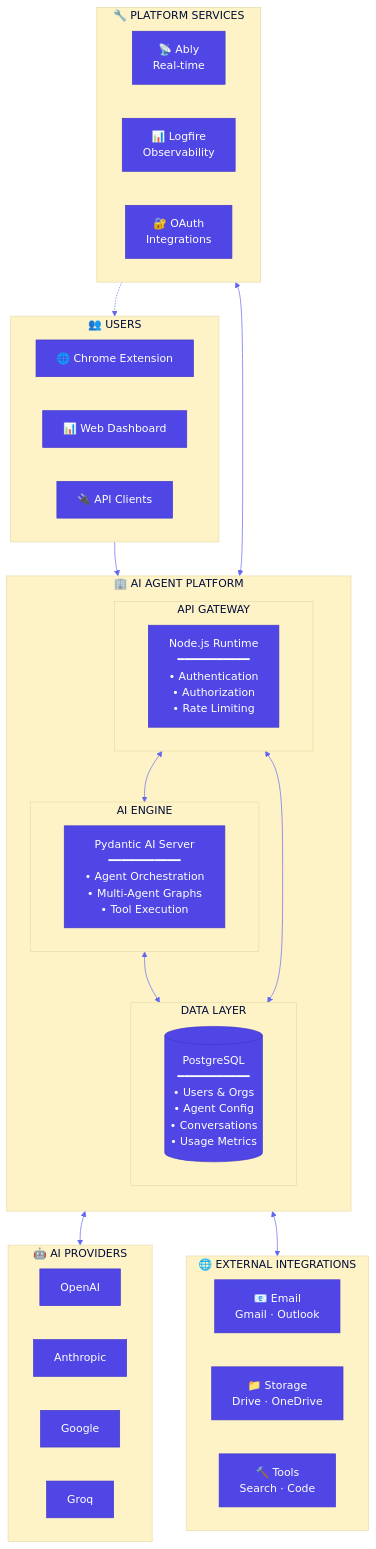
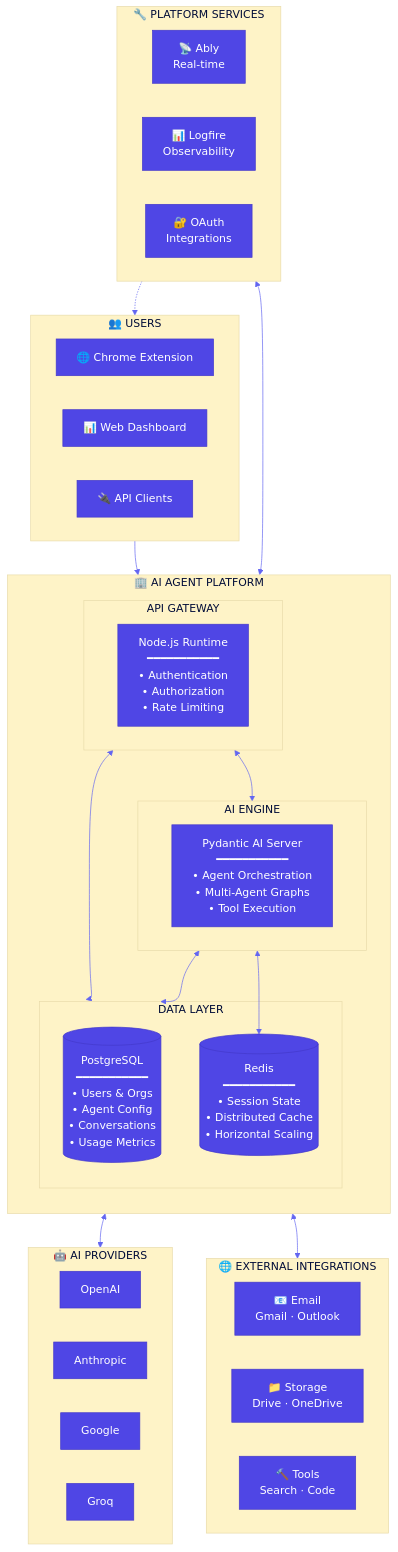
Before and after one commit to hnankam/project-hands-off: the first of 2 diagrams in docs/ARCHITECTURE-EXECUTIVE.md, drawn with Mermaid. The commit also changed other lines of this file and 51 other files, not shown here.

````diff
--- a/docs/ARCHITECTURE-EXECUTIVE.md
+++ b/docs/ARCHITECTURE-EXECUTIVE.md
@@ -5,60 +5,62 @@
 ```mermaid
 %%{init: {'theme': 'base', 'themeVariables': { 'primaryColor': '#4f46e5', 'primaryTextColor': '#fff', 'primaryBorderColor': '#4338ca', 'lineColor': '#6366f1', 'secondaryColor': '#f0f9ff', 'tertiaryColor': '#fef3c7'}}}%%
 
 flowchart TB
     subgraph Users["👥 USERS"]
         direction LR
         Browser["🌐 Chrome Extension"]
         Dashboard["📊 Web Dashboard"]
         API["🔌 API Clients"]
     end
 
     subgraph Platform["🏢 AI AGENT PLATFORM"]
         direction TB
         
         subgraph Gateway["API GATEWAY"]
             Runtime["Node.js Runtime<br/>━━━━━━━━━━━<br/>• Authentication<br/>• Authorization<br/>• Rate Limiting"]
         end
         
         subgraph Engine["AI ENGINE"]
             Pydantic["Pydantic AI Server<br/>━━━━━━━━━━━<br/>• Agent Orchestration<br/>• Multi-Agent Graphs<br/>• Tool Execution"]
         end
         
         subgraph Storage["DATA LAYER"]
             DB[("PostgreSQL<br/>━━━━━━━━━━━<br/>• Users & Orgs<br/>• Agent Config<br/>• Conversations<br/>• Usage Metrics")]
+            RedisCache[("Redis<br/>━━━━━━━━━━━<br/>• Session State<br/>• Distributed Cache<br/>• Horizontal Scaling")]
         end
     end
 
     subgraph AI["🤖 AI PROVIDERS"]
         direction LR
         OpenAI["OpenAI"]
         Anthropic["Anthropic"]
         Google["Google"]
         Groq["Groq"]
     end
 
     subgraph Services["🔧 PLATFORM SERVICES"]
         direction LR
         Ably["📡 Ably<br/>Real-time"]
         Logfire["📊 Logfire<br/>Observability"]
         OAuth["🔐 OAuth<br/>Integrations"]
     end
 
     subgraph Integrations["🌐 EXTERNAL INTEGRATIONS"]
         direction LR
         Email["📧 Email<br/>Gmail · Outlook"]
         Storage2["📁 Storage<br/>Drive · OneDrive"]
         Tools["🔨 Tools<br/>Search · Code"]
     end
 
     Users --> Gateway
     Gateway <--> Engine
     Engine <--> Storage
     Gateway <--> Storage
+    Engine <--> RedisCache
     
     Engine <--> AI
     Engine <--> Services
     Engine <--> Integrations
     
     Services -.-> Users
 ```
````
